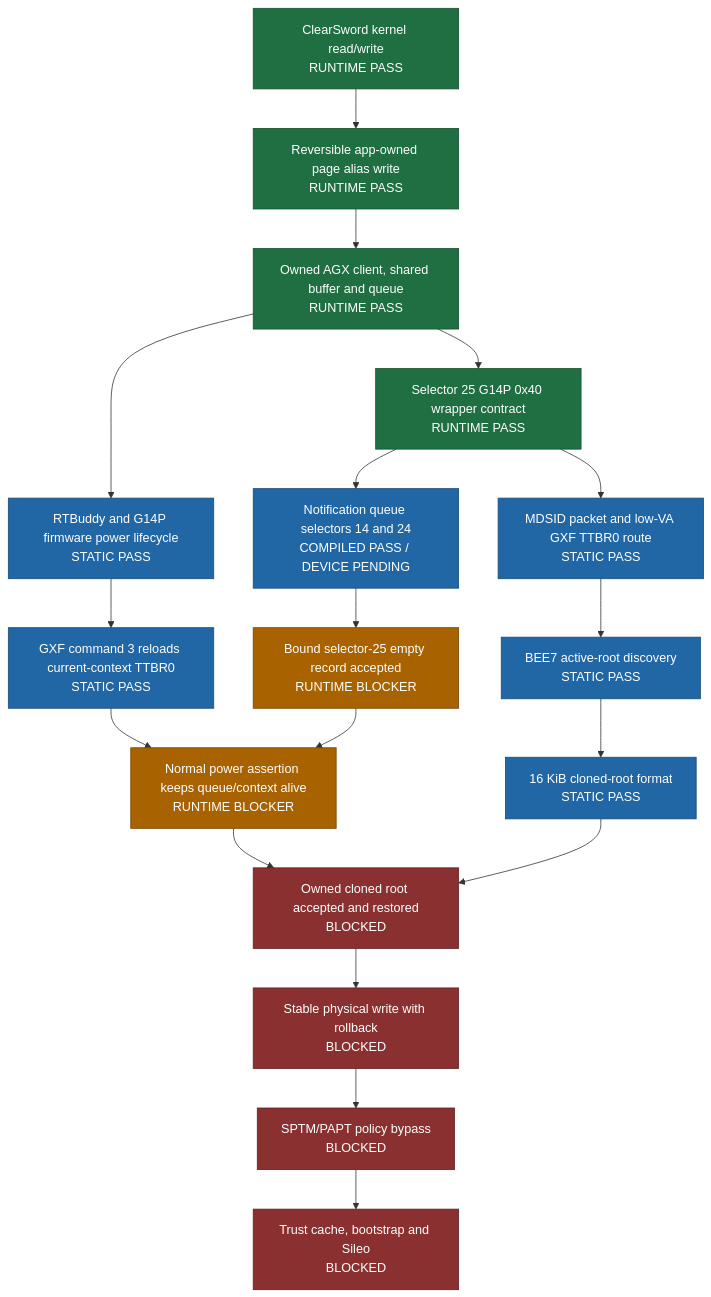
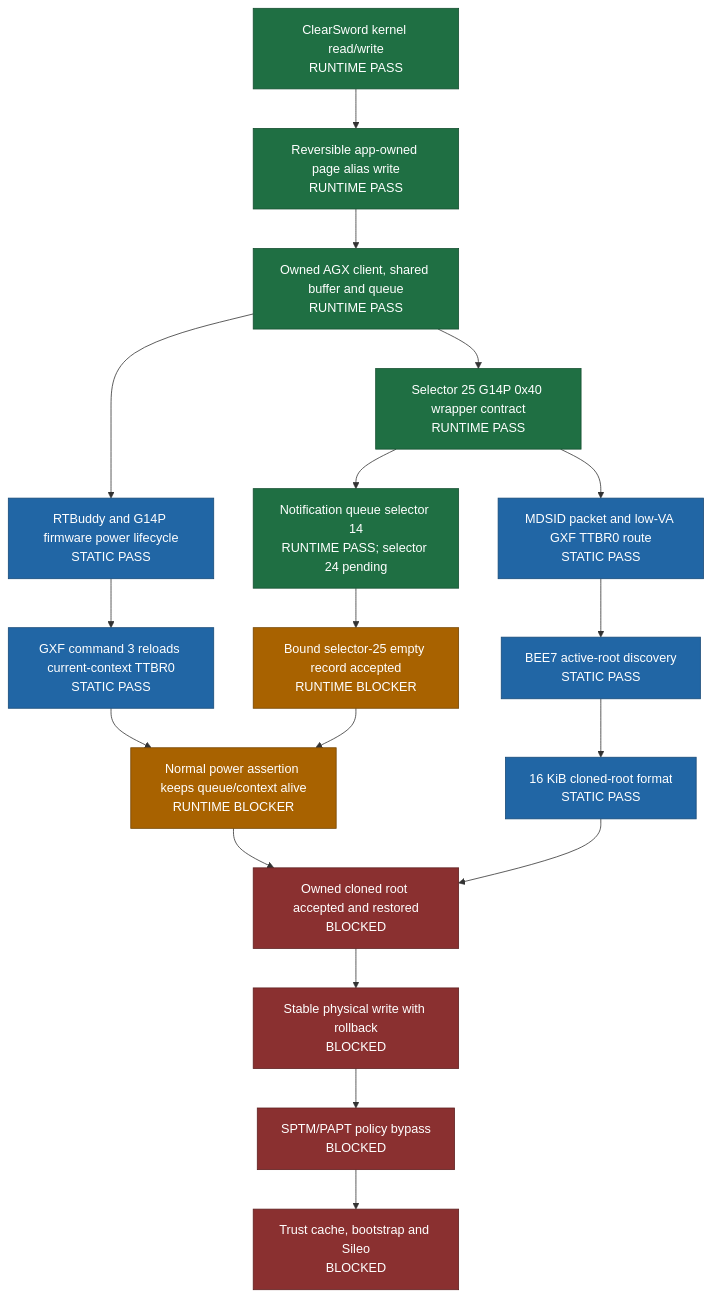
One commit to Philiphall6/Dopamine-private changed the diagram in README.md. Above: the diagram before and after it, drawn with Mermaid. The commit also changed other lines of this file and 11 other files, not shown here.

Commit message:
Correct AGX notification queue vtable

````diff
--- a/README.md
+++ b/README.md
@@ -22,35 +22,36 @@
 ```mermaid
 flowchart TD
     A[ClearSword kernel read/write<br/>RUNTIME PASS]
     B[Reversible app-owned page alias write<br/>RUNTIME PASS]
     C[Owned AGX client, shared buffer and queue<br/>RUNTIME PASS]
     D[Selector 25 G14P 0x40 wrapper contract<br/>RUNTIME PASS]
-    E[Notification queue selectors 14 and 24<br/>COMPILED PASS / DEVICE PENDING]
+    E[Notification queue selector 14<br/>RUNTIME PASS; selector 24 pending]
     P[MDSID packet and low-VA GXF TTBR0 route<br/>STATIC PASS]
     F[BEE7 active-root discovery<br/>STATIC PASS]
     G[16 KiB cloned-root format<br/>STATIC PASS]
     H[RTBuddy and G14P firmware power lifecycle<br/>STATIC PASS]
     I[GXF command 3 reloads current-context TTBR0<br/>STATIC PASS]
     J[Bound selector-25 empty record accepted<br/>RUNTIME BLOCKER]
     K[Normal power assertion keeps queue/context alive<br/>RUNTIME BLOCKER]
     L[Owned cloned root accepted and restored<br/>BLOCKED]
     M[Stable physical write with rollback<br/>BLOCKED]
     N[SPTM/PAPT policy bypass<br/>BLOCKED]
     O[Trust cache, bootstrap and Sileo<br/>BLOCKED]
 
     A --> B --> C --> D --> E --> J
     C --> H --> I --> K
     D --> P --> F --> G
     J --> K --> L --> M --> N --> O
     G --> L
 
     classDef runtime fill:#1f6f43,color:#fff,stroke:#164f31
     classDef static fill:#2166a5,color:#fff,stroke:#174a78
     classDef pending fill:#a86200,color:#fff,stroke:#744400
     classDef blocked fill:#8a3030,color:#fff,stroke:#5e2020
     class A,B,C runtime
     class D runtime
-    class E,P,F,G,H,I static
+    class E runtime
+    class P,F,G,H,I static
     class J,K pending
     class L,M,N,O blocked
 ```
````
